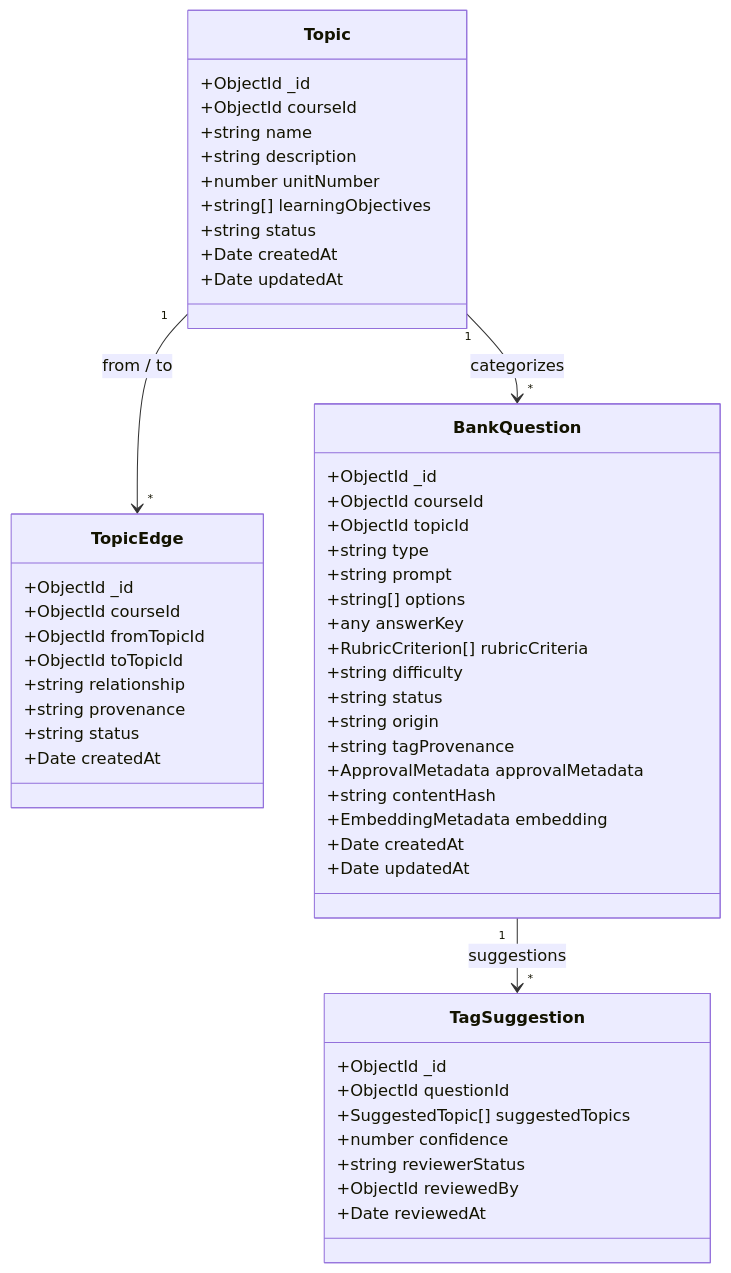
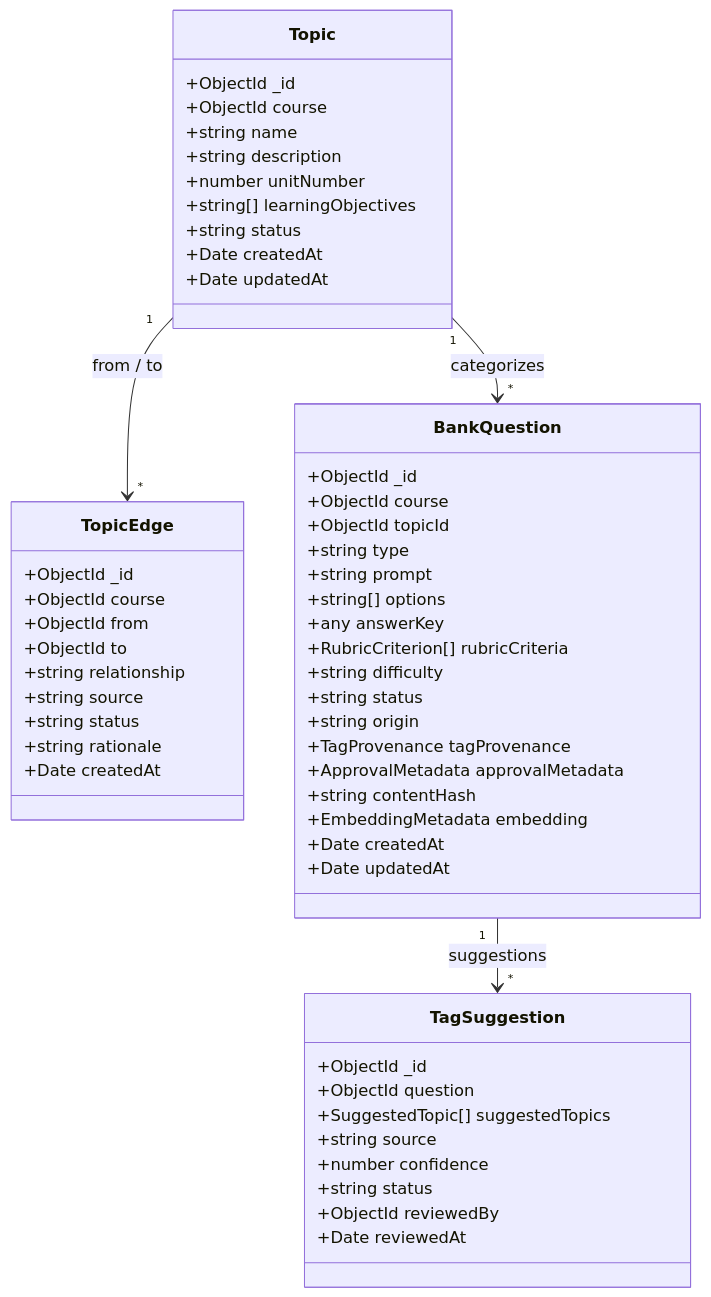
The second of 9 diagrams in docs/learning-module.md (Aarathi1535/assignment_evaluation-IIIT-Hyd), drawn with Mermaid before and after one commit. The commit also changed other lines of this file, not shown here.

Commit message:
docs(learning): align TopicEdge, TagSuggestion, LiveResponse schemas and Q10-14 numbering with issue #244

````diff
--- a/docs/learning-module.md
+++ b/docs/learning-module.md
@@ -84,59 +84,61 @@
 ```mermaid
 classDiagram
     class Topic {
         +ObjectId _id
-        +ObjectId courseId
+        +ObjectId course
         +string name
         +string description
         +number unitNumber
         +string[] learningObjectives
         +string status
         +Date createdAt
         +Date updatedAt
     }
 
     class TopicEdge {
         +ObjectId _id
-        +ObjectId courseId
-        +ObjectId fromTopicId
-        +ObjectId toTopicId
+        +ObjectId course
+        +ObjectId from
+        +ObjectId to
         +string relationship
-        +string provenance
+        +string source
         +string status
+        +string rationale
         +Date createdAt
     }
 
     class BankQuestion {
         +ObjectId _id
-        +ObjectId courseId
+        +ObjectId course
         +ObjectId topicId
         +string type
         +string prompt
         +string[] options
         +any answerKey
         +RubricCriterion[] rubricCriteria
         +string difficulty
         +string status
         +string origin
-        +string tagProvenance
+        +TagProvenance tagProvenance
         +ApprovalMetadata approvalMetadata
         +string contentHash
         +EmbeddingMetadata embedding
         +Date createdAt
         +Date updatedAt
     }
 
     class TagSuggestion {
         +ObjectId _id
-        +ObjectId questionId
+        +ObjectId question
         +SuggestedTopic[] suggestedTopics
+        +string source
         +number confidence
-        +string reviewerStatus
+        +string status
         +ObjectId reviewedBy
         +Date reviewedAt
     }
 
     Topic "1" --> "*" TopicEdge : from / to
     Topic "1" --> "*" BankQuestion : categorizes
     BankQuestion "1" --> "*" TagSuggestion : suggestions
 ```
````
